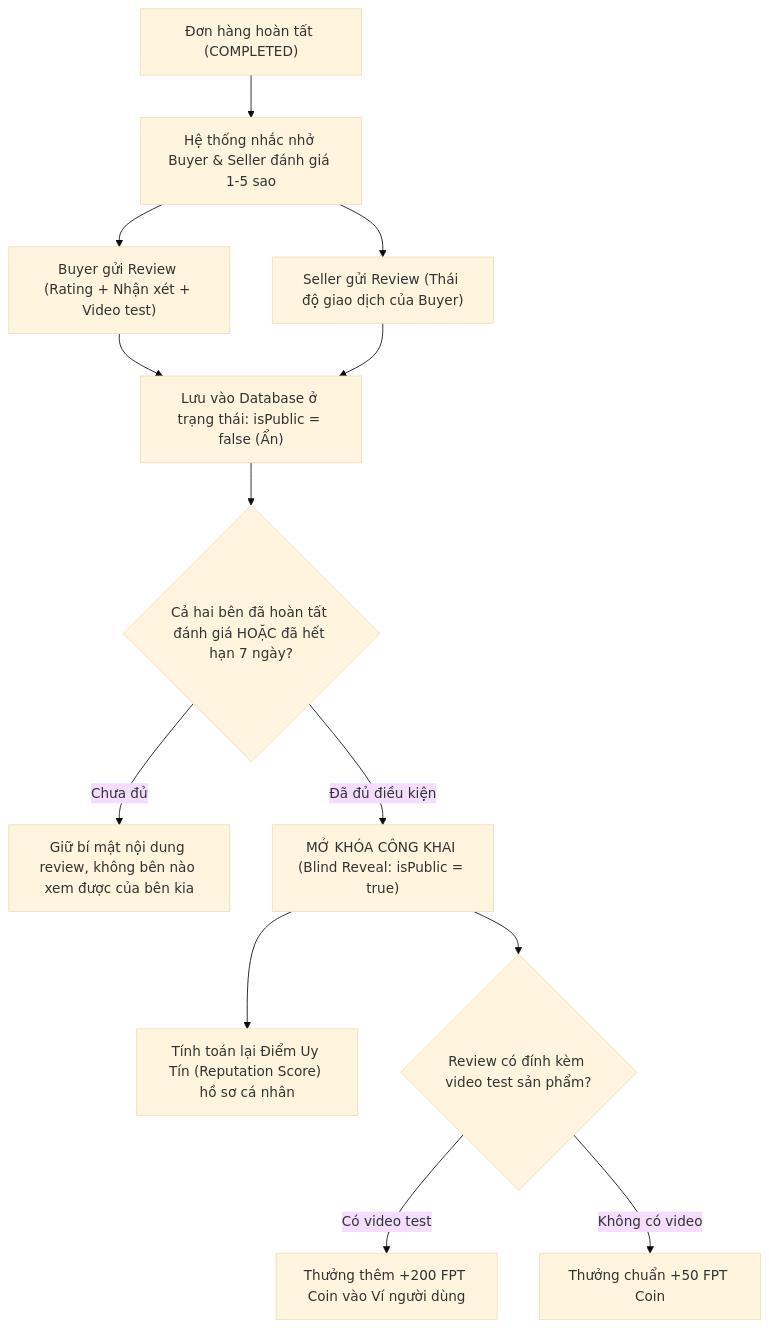
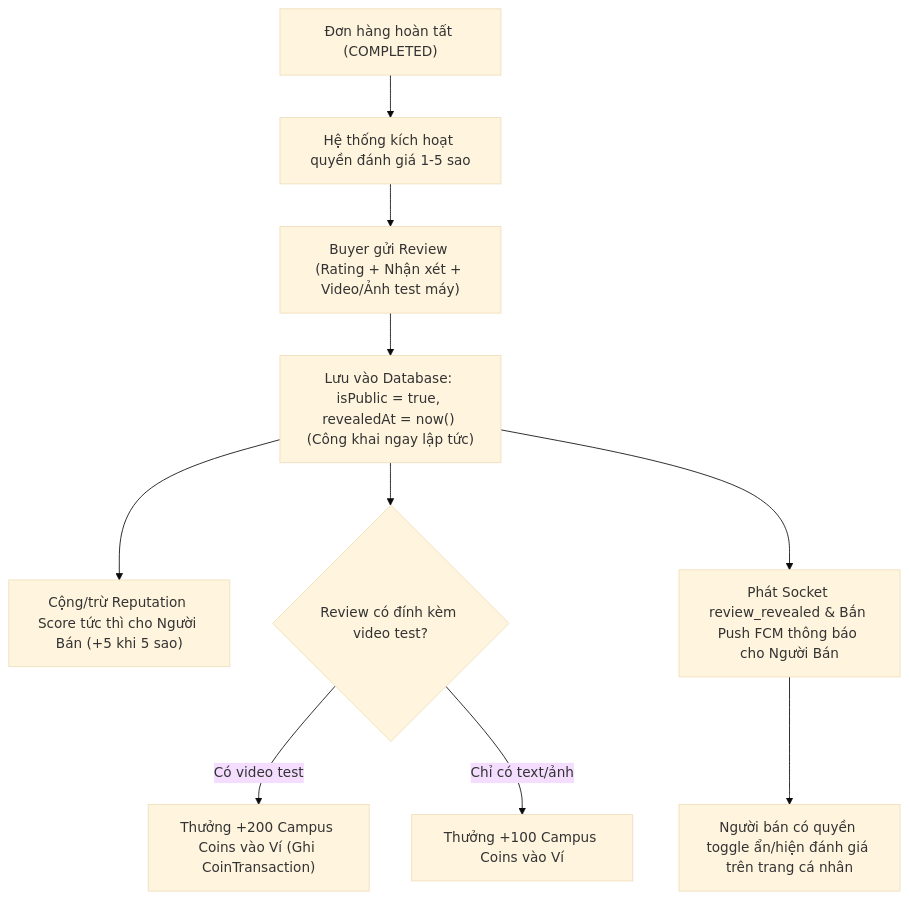
The tenth of 13 diagrams in PROJECT_FLOWS.md (phongnha230/Market_FU), drawn with Mermaid (base theme) before and after one commit. The commit also changed other lines of this file and 11 other files, not shown here.

Commit message:
refactor: align docs with codebase, clean up blind review dead code and standardize cloudflare r2

````diff
--- a/PROJECT_FLOWS.md
+++ b/PROJECT_FLOWS.md
@@ -459,21 +396,17 @@
 ```mermaid
 graph TD
-    OrderDone["Đơn hàng hoàn tất (COMPLETED)"] --> PromptReview["Hệ thống nhắc nhở Buyer & Seller đánh giá 1-5 sao"]
+    OrderDone["Đơn hàng hoàn tất (COMPLETED)"] --> PromptReview["Hệ thống kích hoạt quyền đánh giá 1-5 sao"]
   
-    PromptReview --> BuyerSubmits["Buyer gửi Review (Rating + Nhận xét + Video test)"]
-    PromptReview --> SellerSubmits["Seller gửi Review (Thái độ giao dịch của Buyer)"]
+    PromptReview --> BuyerSubmits["Buyer gửi Review (Rating + Nhận xét + Video/Ảnh test máy)"]
   
-    BuyerSubmits --> ReviewPending["Lưu vào Database ở trạng thái: isPublic = false (Ẩn)"]
-    SellerSubmits --> ReviewPending
+    BuyerSubmits --> ReviewActive["Lưu vào Database: isPublic = true, revealedAt = now() (Công khai ngay lập tức)"]
   
-    ReviewPending --> CheckBoth{"Cả hai bên đã hoàn tất đánh giá HOẶC đã hết hạn 7 ngày?"}
+    ReviewActive --> UpdateReputation["Cộng/trừ Reputation Score tức thì cho Người Bán (+5 khi 5 sao)"]
+    ReviewActive --> BonusCoin{"Review có đính kèm video test?"}
   
-    CheckBoth -->|Chưa đủ| GiuBiMat["Giữ bí mật nội dung review, không bên nào xem được của bên kia"]
-    CheckBoth -->|Đã đủ điều kiện| MoKhoaPublic["MỞ KHÓA CÔNG KHAI (Blind Reveal: isPublic = true)"]
-  
-    MoKhoaPublic --> UpdateReputation["Tính toán lại Điểm Uy Tín (Reputation Score) hồ sơ cá nhân"]
-    MoKhoaPublic --> BonusCoin{"Review có đính kèm video test sản phẩm?"}
-  
-    BonusCoin -->|Có video test| CongXuBonus["Thưởng thêm +200 FPT Coin vào Ví người dùng"]
-    BonusCoin -->|Không có video| CongXuStandard["Thưởng chuẩn +50 FPT Coin"]
+    BonusCoin -->|Có video test| CongXuBonus["Thưởng +200 Campus Coins vào Ví (Ghi CoinTransaction)"]
+    BonusCoin -->|Chỉ có text/ảnh| CongXuStandard["Thưởng +100 Campus Coins vào Ví"]
+
+    ReviewActive --> NotifySeller["Phát Socket review_revealed & Bắn Push FCM thông báo cho Người Bán"]
+    NotifySeller --> ManageDisplay["Người bán có quyền toggle ẩn/hiện đánh giá trên trang cá nhân"]
 ```
````
